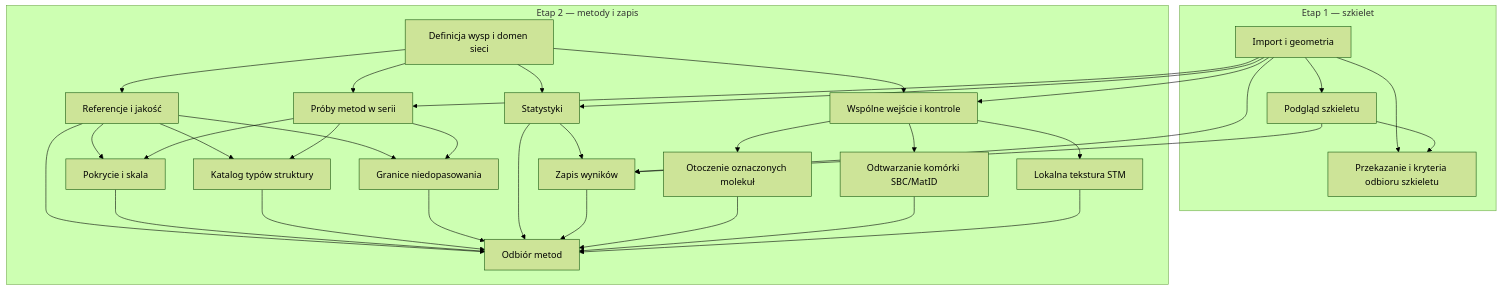
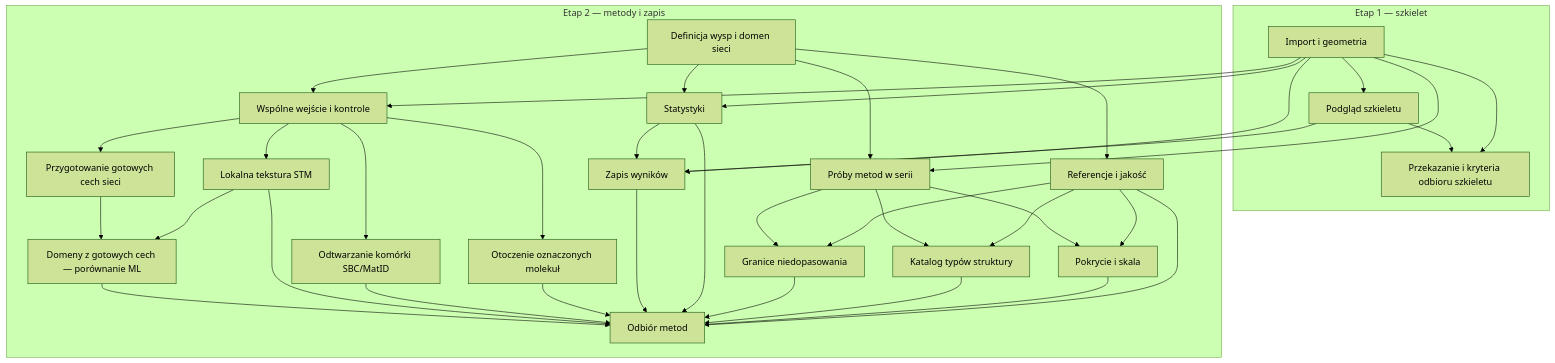
The diagram in docs/stmdomains/issues/README.md (RafLew84/NEtCAT_NaParA), drawn with Mermaid (forest theme) before and after one commit. The commit also changed other lines of this file and 10 other files, not shown here.

````diff
--- a/docs/stmdomains/issues/README.md
+++ b/docs/stmdomains/issues/README.md
@@ -167,54 +172,60 @@
 ```mermaid
 flowchart TD
     subgraph phase1["Etap 1 — szkielet"]
         a["Import i geometria"]
         g["Podgląd szkieletu"]
         i["Przekazanie i kryteria odbioru szkieletu"]
     end
     subgraph phase2["Etap 2 — metody i zapis"]
         b["Definicja wysp i domen sieci"]
         d["Referencje i jakość"]
         e["Próby metod w serii"]
         f["Statystyki"]
         h["Zapis wyników"]
         j["Pokrycie i skala"]
         k["Katalog typów struktury"]
         l["Granice niedopasowania"]
         m["Odbiór metod"]
         n["Wspólne wejście i kontrole"]
         o["Otoczenie oznaczonych molekuł"]
         p["Odtwarzanie komórki SBC/MatID"]
         q["Lokalna tekstura STM"]
+        r["Przygotowanie gotowych cech sieci"]
+        s["Domeny z gotowych cech — porównanie ML"]
     end
     a --> g
     a --> i
     g --> i
     b --> d
     a --> e
     b --> e
     d --> j
     d --> k
     d --> l
     e --> j
     e --> k
     e --> l
     d --> m
     j --> m
     k --> m
     l --> m
     f --> m
     a --> f
     b --> f
     a --> h
     h --> m
     f --> h
     g --> h
     a --> n
     b --> n
     n --> o
     n --> p
     n --> q
+    n --> r
+    q --> s
+    r --> s
     o --> m
     p --> m
     q --> m
+    s --> m
 ```
````
